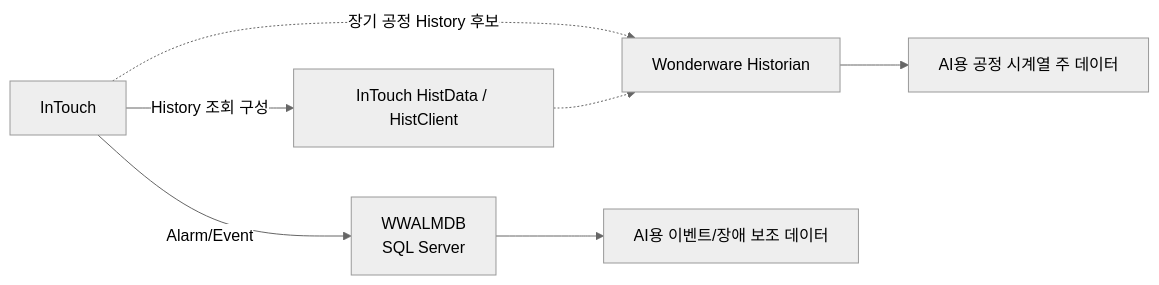
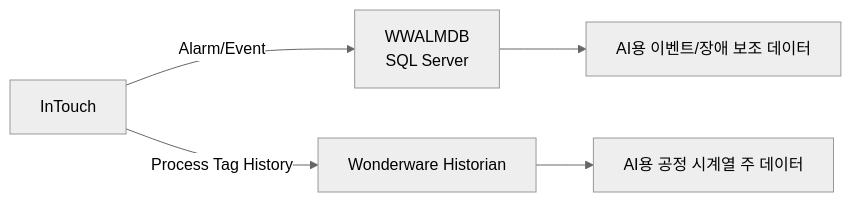
Before and after one commit to hori5000/Rulmera-OPA: the diagram in 20-Water-AI/광암/30-데이터-분석/01-WWALMDB-AlarmDB-vs-Historian.md, drawn with Mermaid (neutral theme). The commit also changed other lines of this file and 190 other files, not shown here.

````diff
--- a/20-Water-AI/광암/30-데이터-분석/01-WWALMDB-AlarmDB-vs-Historian.md
+++ b/20-Water-AI/광암/30-데이터-분석/01-WWALMDB-AlarmDB-vs-Historian.md
@@ -23,9 +22,7 @@
 ```mermaid
 flowchart LR
     IT["InTouch"] -->|"Alarm/Event"| ADB["WWALMDB<br/>SQL Server"]
-    IT -->|"History 조회 구성"| HD["InTouch HistData / HistClient"]
-    IT -.->|"장기 공정 History 후보"| HIST["Wonderware Historian"]
+    IT -->|"Process Tag History"| HIST["Wonderware Historian"]
     ADB --> EVENT["AI용 이벤트/장애 보조 데이터"]
-    HD -.-> HIST
     HIST --> PV["AI용 공정 시계열 주 데이터"]
 ```
````
